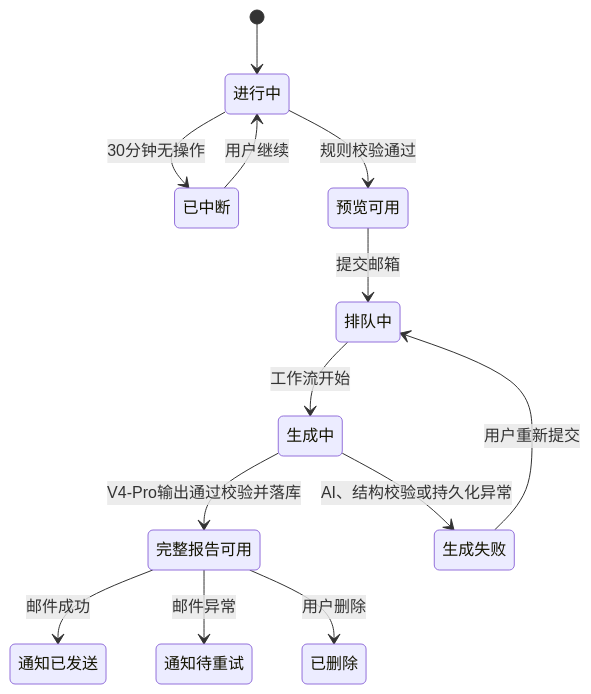
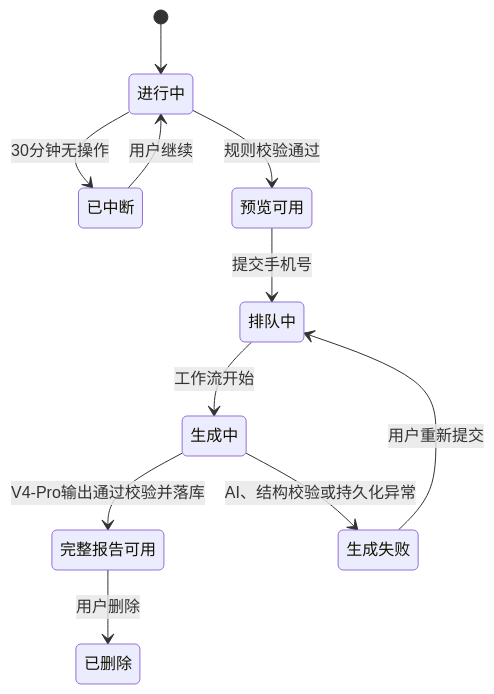
Before and after one commit to MrLing864/aianliku: the second of 2 diagrams in prd/04-AI企业体检.md, drawn with Mermaid. The commit also changed other lines of this file and 652 other files, not shown here.

````diff
--- a/prd/04-AI企业体检.md
+++ b/prd/04-AI企业体检.md
@@ -219,15 +216,13 @@
 ```mermaid
 stateDiagram-v2
     [*] --> 进行中
     进行中 --> 已中断: 30分钟无操作
     已中断 --> 进行中: 用户继续
     进行中 --> 预览可用: 规则校验通过
-    预览可用 --> 排队中: 提交邮箱
+    预览可用 --> 排队中: 提交手机号
     排队中 --> 生成中: 工作流开始
     生成中 --> 完整报告可用: V4-Pro输出通过校验并落库
     生成中 --> 生成失败: AI、结构校验或持久化异常
     生成失败 --> 排队中: 用户重新提交
-    完整报告可用 --> 通知已发送: 邮件成功
-    完整报告可用 --> 通知待重试: 邮件异常
     完整报告可用 --> 已删除: 用户删除
 ```
````
